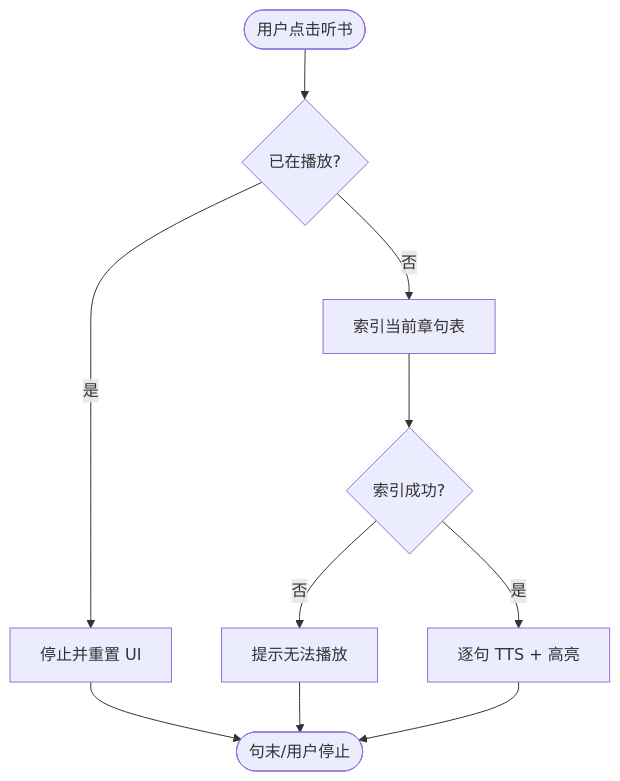
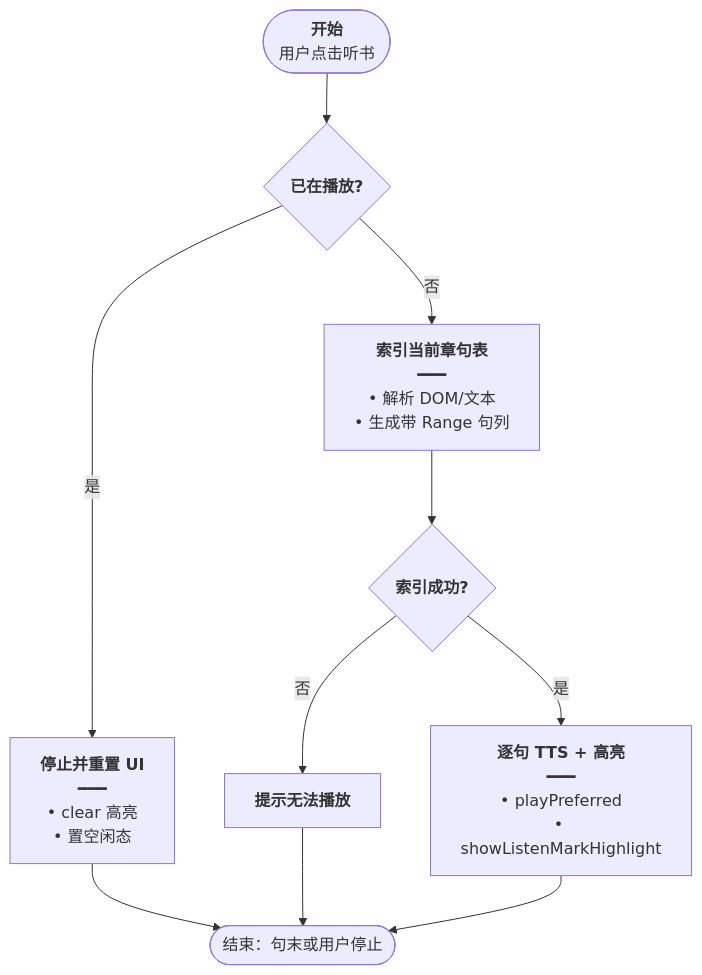
Before and after one commit to dnhyxc/dnhyxc-ai: the second of 5 diagrams in .cursor/skills/feature-implementation-idea/references/diagram-guide.md, drawn with Mermaid. The commit also changed other lines of this file and 153 other files, not shown here.

````diff
--- a/.cursor/skills/feature-implementation-idea/references/diagram-guide.md
+++ b/.cursor/skills/feature-implementation-idea/references/diagram-guide.md
@@ -104,12 +174,12 @@
 ```mermaid
 flowchart TD
-  Start([用户点击听书]) --> Check{已在播放?}
-  Check -->|是| Stop[停止并重置 UI]
-  Check -->|否| Index[索引当前章句表]
-  Index --> Fail{索引成功?}
-  Fail -->|否| Toast[提示无法播放]
-  Fail -->|是| Play[逐句 TTS + 高亮]
-  Play --> End([句末/用户停止])
+  Start(["<b>开始</b><br/>用户点击听书"]) --> Check{"<b>已在播放?</b>"}
+  Check -->|是| Stop["<b>停止并重置 UI</b><br/>━━━<br/>• clear 高亮<br/>• 置空闲态"]
+  Check -->|否| Index["<b>索引当前章句表</b><br/>━━━<br/>• 解析 DOM/文本<br/>• 生成带 Range 句列"]
+  Index --> Fail{"<b>索引成功?</b>"}
+  Fail -->|否| Toast["<b>提示无法播放</b>"]
+  Fail -->|是| Play["<b>逐句 TTS + 高亮</b><br/>━━━<br/>• playPreferred<br/>• showListenMarkHighlight"]
+  Play --> End(["结束：句末或用户停止"])
   Stop --> End
   Toast --> End
 ```
````
